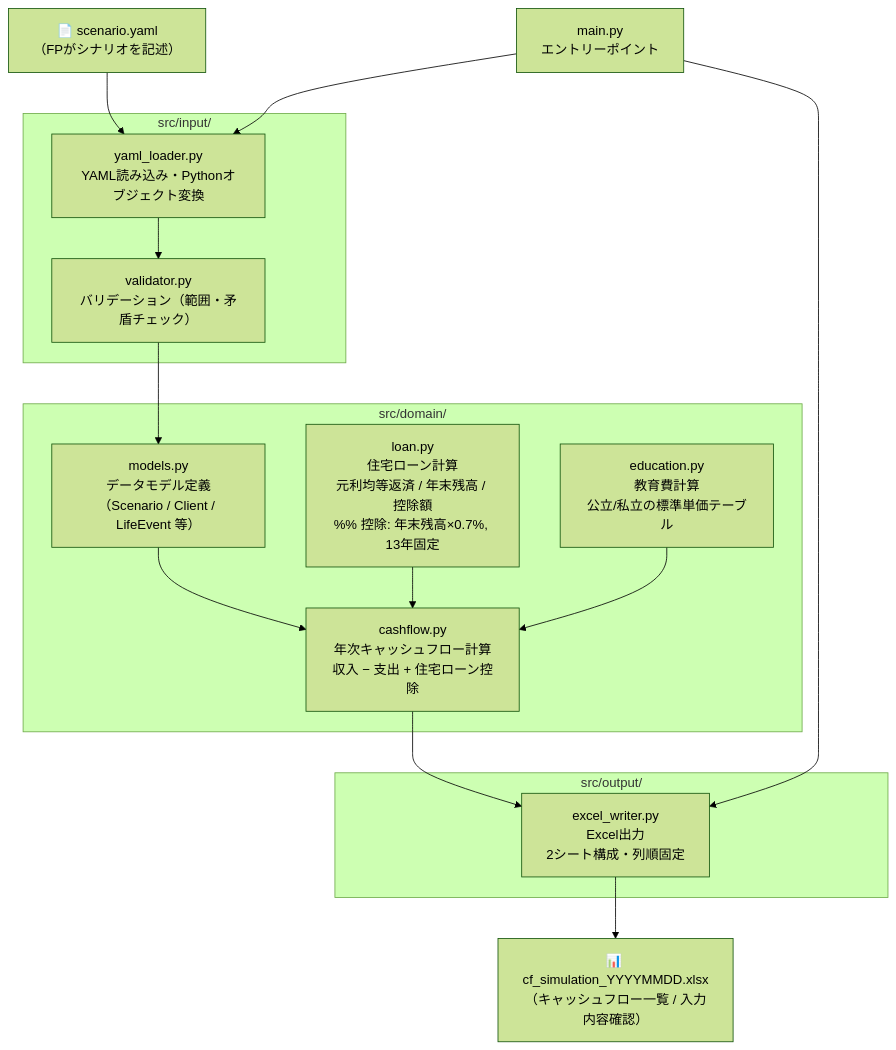
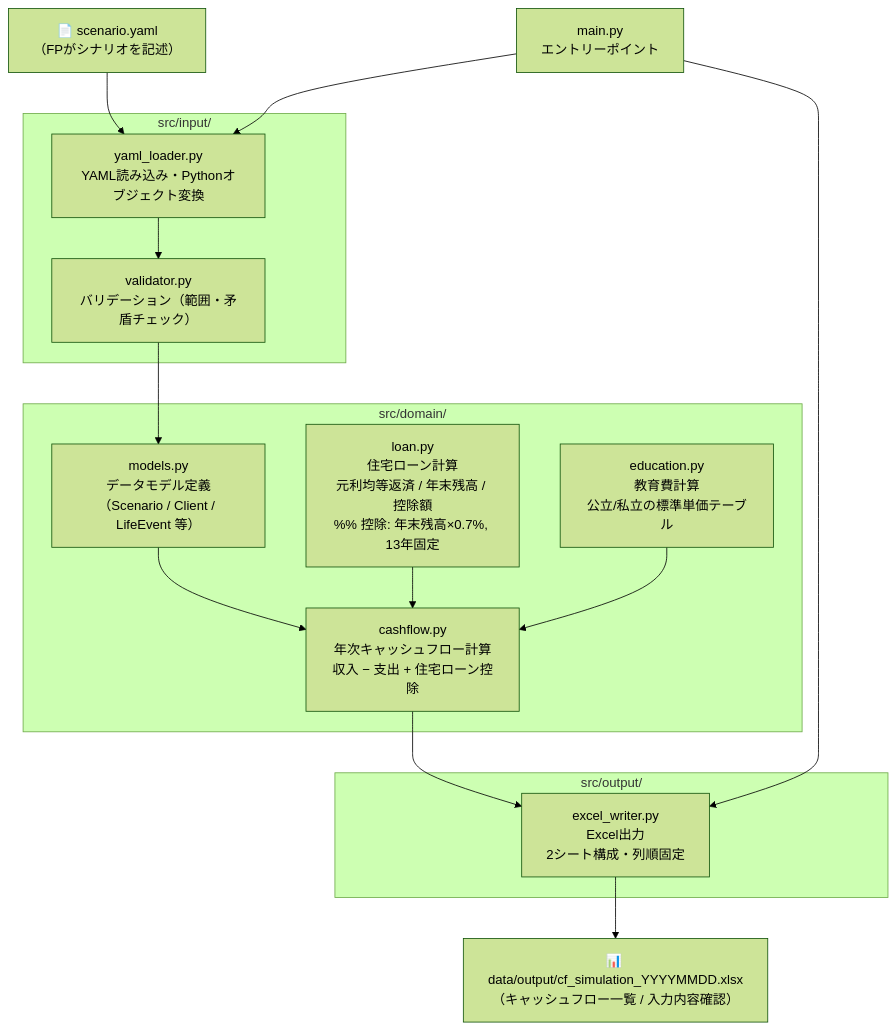
Before and after one commit to t-motoki/demo-life-event-simulator: the diagram in docs/diagrams/system.mmd, drawn with Mermaid (forest theme). The commit also changed 4 other files, not shown here.

Commit message:
docs: データの置き場所を README・手引き・構成図に反映する

```diff
--- a/docs/diagrams/system.mmd
+++ b/docs/diagrams/system.mmd
@@ -1,42 +1,42 @@
 graph TD
   %% 入力
   YAML["📄 scenario.yaml\n（FPがシナリオを記述）"]
 
   %% input/ レイヤー
   subgraph INPUT["src/input/"]
     Loader["yaml_loader.py\nYAML読み込み・Pythonオブジェクト変換"]
     Validator["validator.py\nバリデーション（範囲・矛盾チェック）"]
   end
 
   %% domain/ レイヤー（外部依存なし・純粋関数）
   subgraph DOMAIN["src/domain/"]
     Models["models.py\nデータモデル定義\n（Scenario / Client / LifeEvent 等）"]
     CashFlow["cashflow.py\n年次キャッシュフロー計算\n収入 − 支出 + 住宅ローン控除"]
     Loan["loan.py\n住宅ローン計算\n元利均等返済 / 年末残高 / 控除額\n%% 控除: 年末残高×0.7%, 13年固定"]
     Education["education.py\n教育費計算\n公立/私立の標準単価テーブル"]
   end
 
   %% output/ レイヤー
   subgraph OUTPUT["src/output/"]
     ExcelWriter["excel_writer.py\nExcel出力\n2シート構成・列順固定"]
   end
 
   %% エントリーポイント
   Main["main.py\nエントリーポイント"]
 
   %% 出力
-  Excel["📊 cf_simulation_YYYYMMDD.xlsx\n（キャッシュフロー一覧 / 入力内容確認）"]
+  Excel["📊 data/output/cf_simulation_YYYYMMDD.xlsx\n（キャッシュフロー一覧 / 入力内容確認）"]
 
   %% データの流れ
   YAML --> Loader
   Loader --> Validator
   Validator --> Models
   Models --> CashFlow
   Loan --> CashFlow
   Education --> CashFlow
   CashFlow --> ExcelWriter
   ExcelWriter --> Excel
 
   %% エントリーポイントの制御フロー
   Main --> Loader
   Main --> ExcelWriter
```
